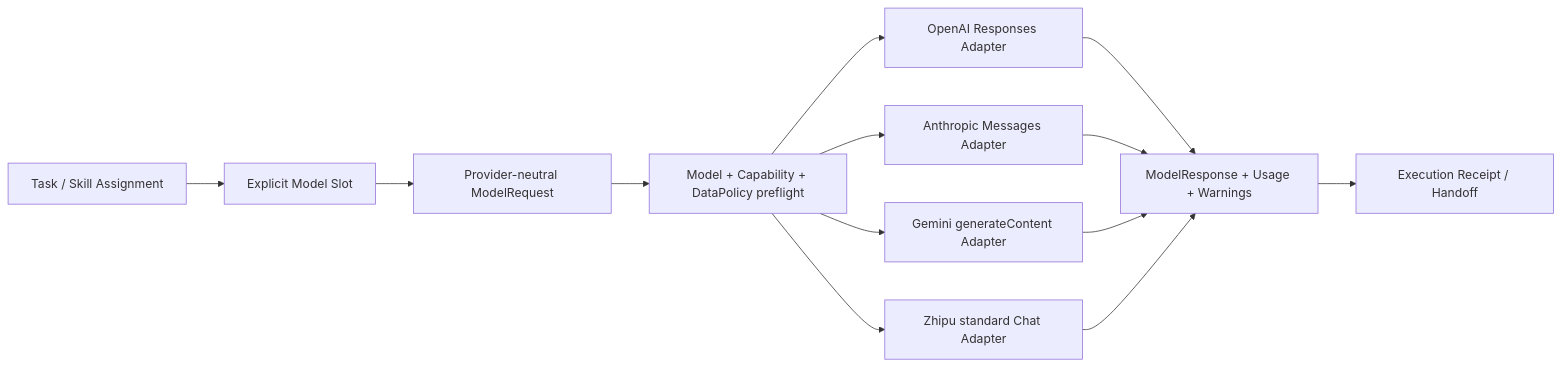
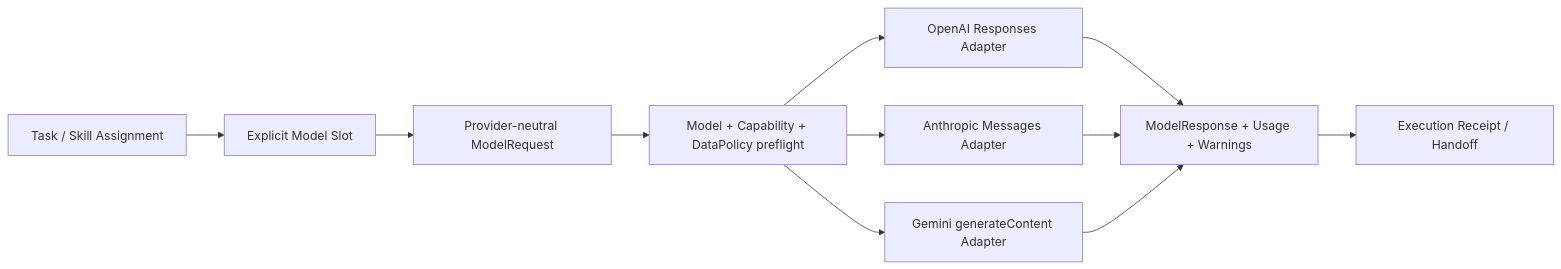
One commit to Chengyue-Lu/research-agent-workbench changed the diagram in docs/implementation/PROVIDER_ADAPTER_PLAN.md. Above: the diagram before and after it, drawn with Mermaid. The commit also changed other lines of this file and 164 other files, not shown here.

````diff
--- a/docs/implementation/PROVIDER_ADAPTER_PLAN.md
+++ b/docs/implementation/PROVIDER_ADAPTER_PLAN.md
@@ -13,15 +13,13 @@
 ```mermaid
 flowchart LR
   Task["Task / Skill Assignment"] --> Slot["Explicit Model Slot"]
   Slot --> Port["Provider-neutral ModelRequest"]
   Port --> Gate["Model + Capability + DataPolicy preflight"]
   Gate --> OA["OpenAI Responses Adapter"]
   Gate --> AN["Anthropic Messages Adapter"]
   Gate --> GE["Gemini generateContent Adapter"]
-  Gate --> ZP["Zhipu standard Chat Adapter"]
   OA --> Result["ModelResponse + Usage + Warnings"]
   AN --> Result
   GE --> Result
-  ZP --> Result
   Result --> Receipt["Execution Receipt / Handoff"]
 ```
````
